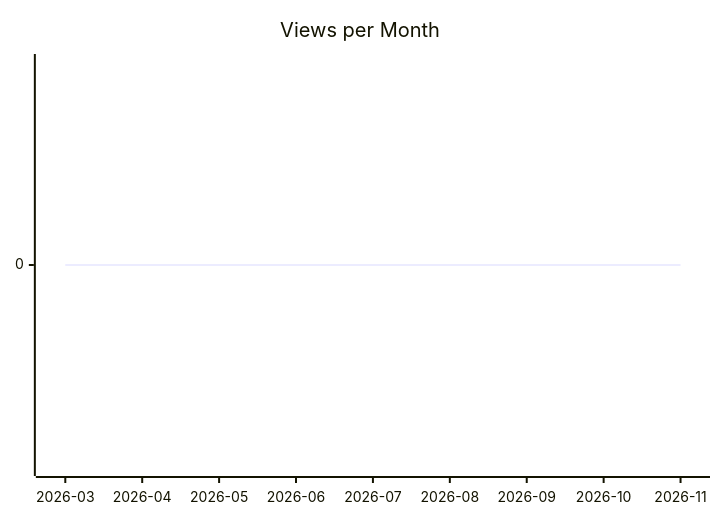
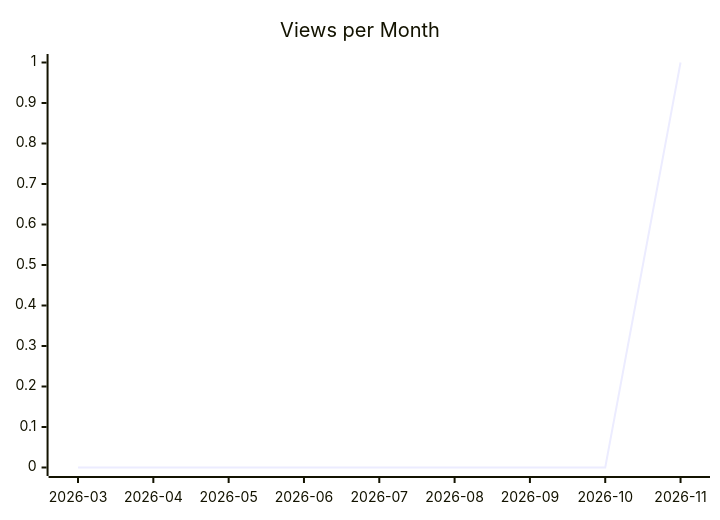
Before and after one commit to justdavis-family/github-analytics-data: the second of 3 diagrams in karlmdavis/usgs-water-api-java/README.md, drawn with Mermaid. The commit also changed other lines of this file and 188 other files, not shown here.

````diff
--- a/karlmdavis/usgs-water-api-java/README.md
+++ b/karlmdavis/usgs-water-api-java/README.md
@@ -12,6 +12,6 @@
 ```mermaid
 xychart-beta
   title "Views per Month"
   x-axis ["2026-03", "2026-04", "2026-05", "2026-06", "2026-07", "2026-08", "2026-09", "2026-10", "2026-11"]
-  line [0, 0, 0, 0, 0, 0, 0, 0, 0]
+  line [0, 0, 0, 0, 0, 0, 0, 0, 1]
 ```
````
